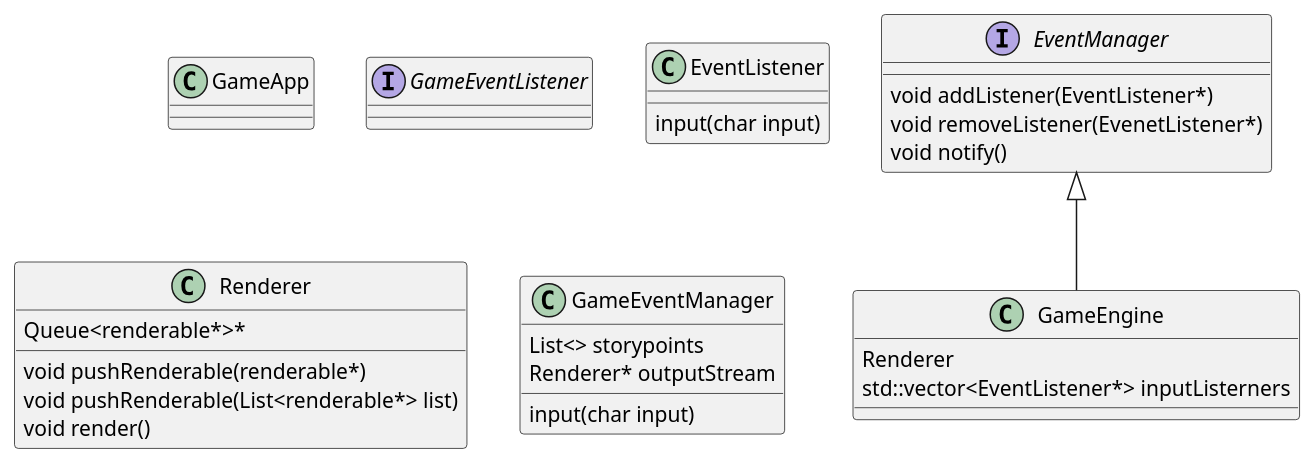
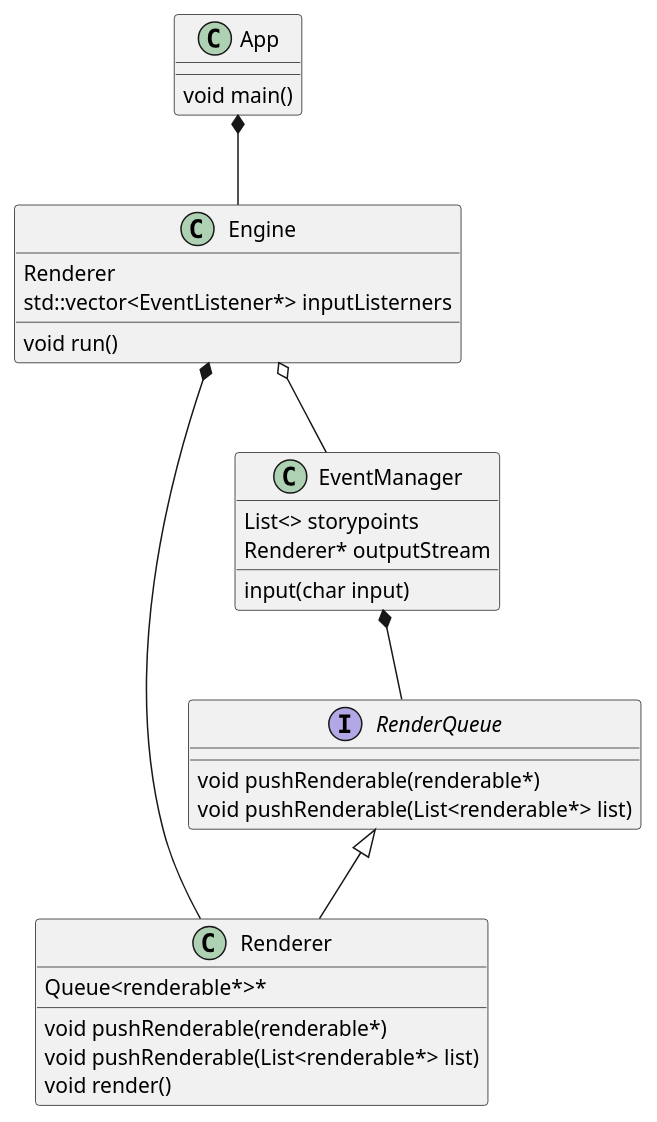
The diagram in docs/Game_Engine/Game_engine.iuml (R2steven/cmpsci236Game), drawn with PlantUML before and after one commit. The commit also changed 8 other files, not shown here.

Commit message:
created a RenderEngine

```diff
--- a/docs/Game_Engine/Game_engine.iuml
+++ b/docs/Game_Engine/Game_engine.iuml
@@ -1,36 +1,35 @@
-@startuml
-class GameApp
+@startuml App_design
 
-Interface GameEventListener
-EventListener : input(char input)
+class App
+App : void main()
 
-Interface EventManager
-EventManager : void addListener(EventListener*)
-EventManager : void removeListener(EvenetListener*)
-EventManager : void notify()
+class Engine
+Engine : Renderer
+Engine : std::vector<EventListener*> inputListerners
+Engine : void run()
 
-class GameEngine
-GameEngine : Renderer
-GameEngine : std::vector<EventListener*> inputListerners
+
+interface RenderQueue
+RenderQueue : void pushRenderable(renderable*)
+RenderQueue : void pushRenderable(List<renderable*> list)
 
 
 class Renderer
 Renderer : void pushRenderable(renderable*)
 Renderer : void pushRenderable(List<renderable*> list)
 Renderer : void render()
 Renderer : Queue<renderable*>*
 
 
-class GameEventManager 
-GameEventManager : List<> storypoints
-GameEventManager : Renderer* outputStream
-GameEventManager : input(char input)
+class EventManager 
+EventManager : List<> storypoints
+EventManager : Renderer* outputStream
+EventManager : input(char input)
 
 
-EventManager <|-- GameEngine
-
-
-
-
-
+App *--Engine
+Engine *-- Renderer
+Engine o-- EventManager
+RenderQueue <|-- Renderer
+EventManager *-- RenderQueue
 @enduml
```
